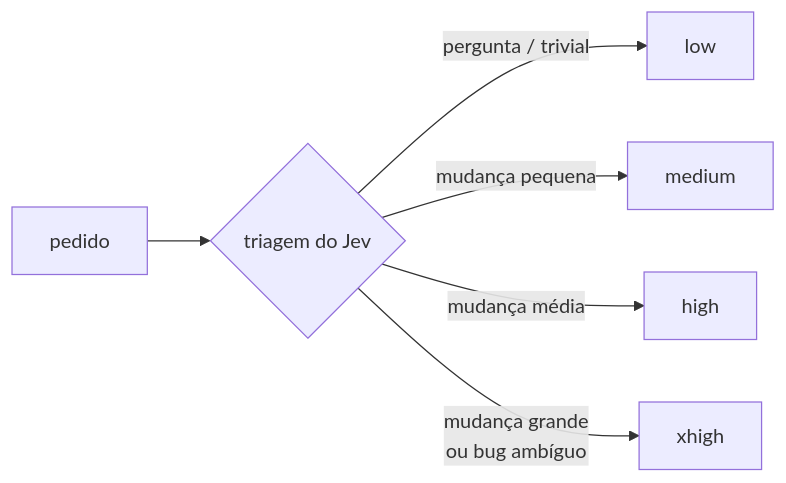
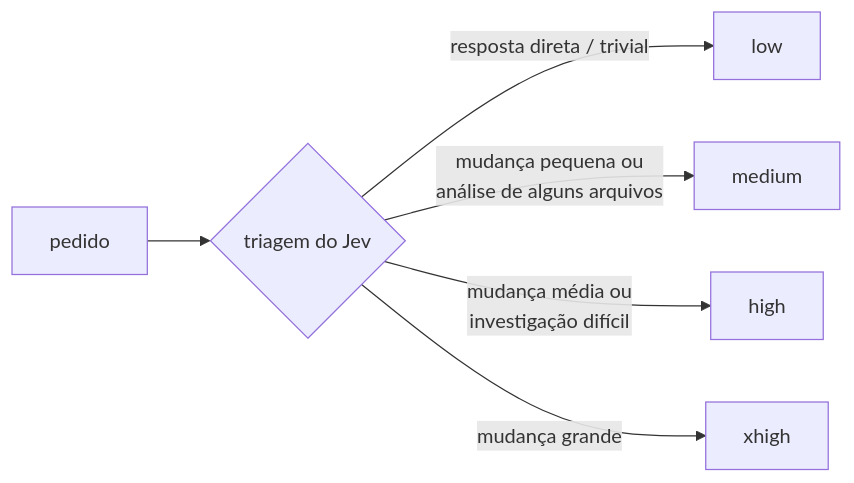
One commit to Civalski/claujev changed the second of 2 diagrams in README.pt-BR.md. Above: the diagram before and after it, drawn with Mermaid. The commit also changed other lines of this file and 7 other files, not shown here.

````diff
--- a/README.pt-BR.md
+++ b/README.pt-BR.md
@@ -100,8 +100,8 @@
 ```mermaid
 flowchart LR
     P["pedido"] --> J{"triagem do Jev"}
-    J -->|"pergunta / trivial"| L["low"]
-    J -->|"mudança pequena"| M["medium"]
-    J -->|"mudança média"| H["high"]
-    J -->|"mudança grande<br/>ou bug ambíguo"| X["xhigh"]
+    J -->|"resposta direta / trivial"| L["low"]
+    J -->|"mudança pequena ou<br/>análise de alguns arquivos"| M["medium"]
+    J -->|"mudança média ou<br/>investigação difícil"| H["high"]
+    J -->|"mudança grande"| X["xhigh"]
 ```
````
